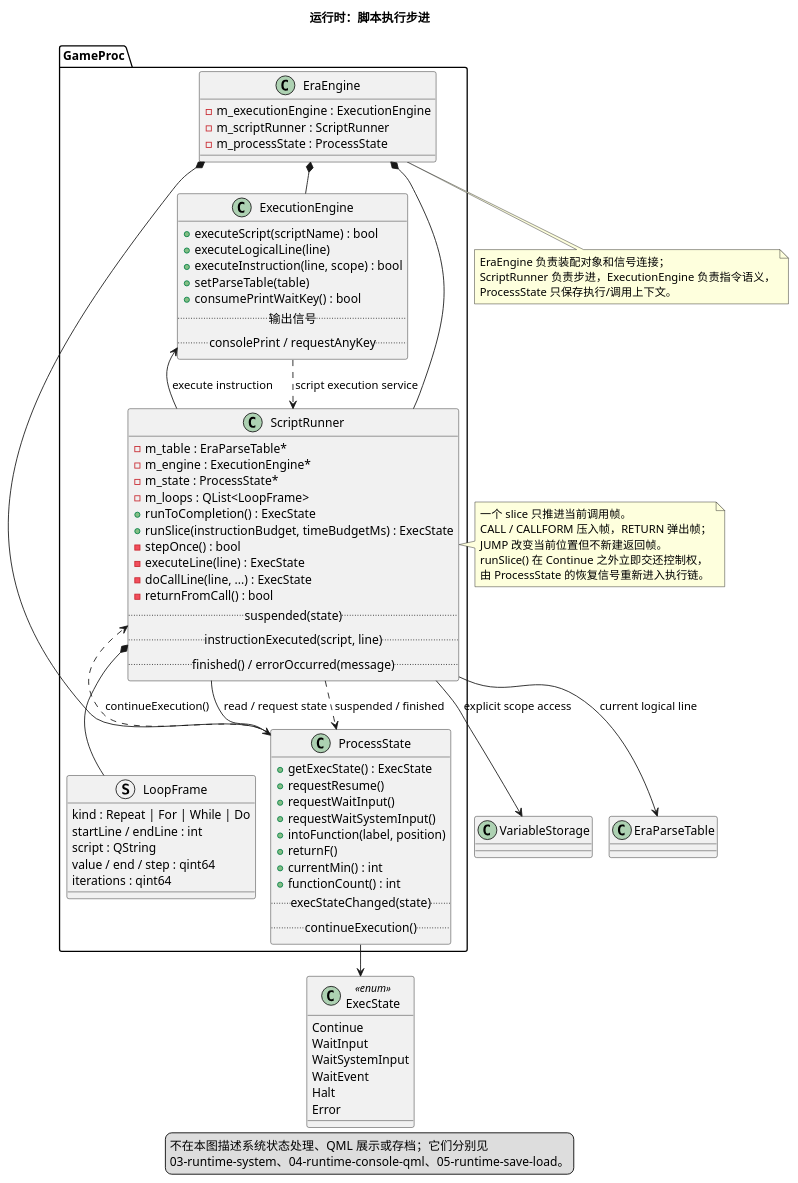
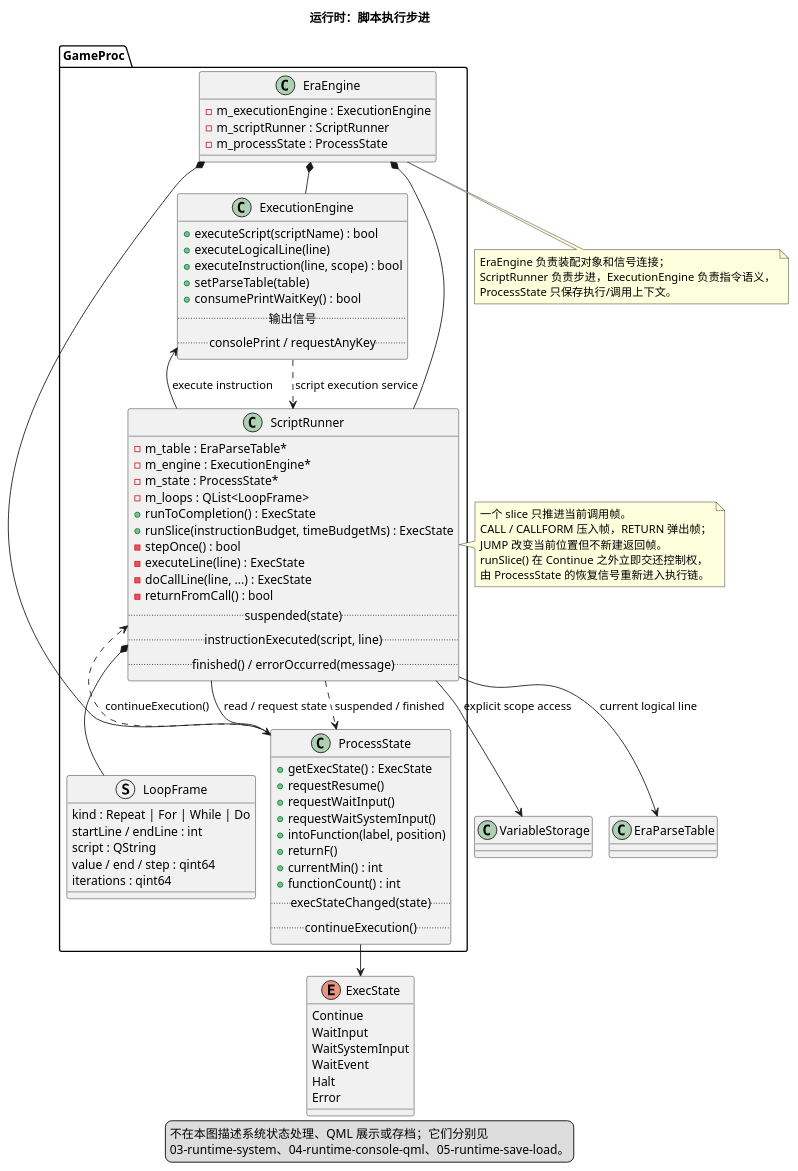
One commit to yigekuyou/qt-eraemu changed the diagram in docs/uml/02-runtime-step.puml. Above: the diagram before and after it, drawn with PlantUML. The commit also changed 9 other files, not shown here.

```diff
--- a/docs/uml/02-runtime-step.puml
+++ b/docs/uml/02-runtime-step.puml
@@ -1,106 +1,106 @@
 @startuml 02-runtime-step
 !pragma layout smetana
 ' 运行时责任 1/4：脚本执行步进与调用栈
 ' 来源：GameProc/script_runner.h, execution_engine.h, process_state.h
 
 title 运行时：脚本执行步进
 
 package "GameProc" {
   class EraEngine {
     - m_executionEngine : ExecutionEngine
     - m_scriptRunner : ScriptRunner
     - m_processState : ProcessState
   }
 
   class ExecutionEngine {
     + executeScript(scriptName) : bool
     + executeLogicalLine(line)
     + executeInstruction(line, scope) : bool
     + setParseTable(table)
     + consumePrintWaitKey() : bool
     .. 输出信号 ..
     .. consolePrint / requestAnyKey ..
   }
 
   class ScriptRunner {
     - m_table : EraParseTable*
     - m_engine : ExecutionEngine*
     - m_state : ProcessState*
     - m_loops : QList<LoopFrame>
     + runToCompletion() : ExecState
     + runSlice(instructionBudget, timeBudgetMs) : ExecState
     - stepOnce() : bool
     - executeLine(line) : ExecState
     - doCallLine(line, ...) : ExecState
     - returnFromCall() : bool
     .. suspended(state) ..
     .. instructionExecuted(script, line) ..
     .. finished() / errorOccurred(message) ..
   }
 
   class ProcessState {
     + getExecState() : ExecState
     + requestResume()
     + requestWaitInput()
     + requestWaitSystemInput()
     + intoFunction(label, position)
     + returnF()
     + currentMin() : int
     + functionCount() : int
     .. execStateChanged(state) ..
     .. continueExecution() ..
   }
 
   struct LoopFrame {
     kind : Repeat | For | While | Do
     startLine / endLine : int
     script : QString
     value / end / step : qint64
     iterations : qint64
   }
 }
 
-class ExecState <<enum>> {
+enum ExecState {
   Continue
   WaitInput
   WaitSystemInput
   WaitEvent
   Halt
   Error
 }
 
 class EraParseTable
 class VariableStorage
 
 EraEngine *-- ExecutionEngine
 EraEngine *-- ScriptRunner
 EraEngine *-- ProcessState
 ScriptRunner --> ExecutionEngine : execute instruction
 ScriptRunner --> EraParseTable : current logical line
 ScriptRunner --> VariableStorage : explicit scope access
 ScriptRunner --> ProcessState : read / request state
 ScriptRunner *-- LoopFrame
 ProcessState --> ExecState
 ProcessState ..> ScriptRunner : continueExecution()
 ScriptRunner ..> ProcessState : suspended / finished
 ExecutionEngine ..> ScriptRunner : script execution service
 
 note right of ScriptRunner
   一个 slice 只推进当前调用帧。
   CALL / CALLFORM 压入帧，RETURN 弹出帧；
   JUMP 改变当前位置但不新建返回帧。
   runSlice() 在 Continue 之外立即交还控制权，
   由 ProcessState 的恢复信号重新进入执行链。
 end note
 
 note bottom of EraEngine
   EraEngine 负责装配对象和信号连接；
   ScriptRunner 负责步进，ExecutionEngine 负责指令语义，
   ProcessState 只保存执行/调用上下文。
 end note
 
 legend bottom
   不在本图描述系统状态处理、QML 展示或存档；它们分别见
   03-runtime-system、04-runtime-console-qml、05-runtime-save-load。
 endlegend
 @enduml
```
